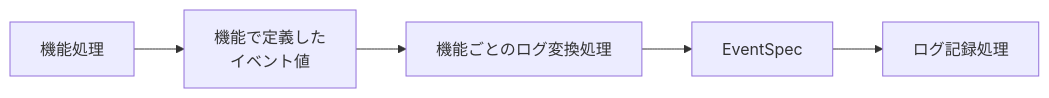
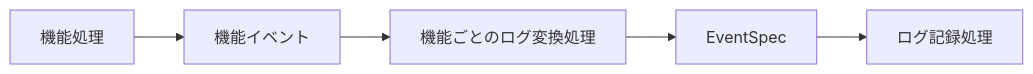
One commit to takashit16833/RAGScope changed the second of 3 diagrams in project-docs/design/structured-logging/AI推論サービス構造化ログ設計.md. Above: the diagram before and after it, drawn with Mermaid. The commit also changed other lines of this file, not shown here.

````diff
--- a/project-docs/design/structured-logging/AI推論サービス構造化ログ設計.md
+++ b/project-docs/design/structured-logging/AI推論サービス構造化ログ設計.md
@@ -34,10 +36,10 @@
 ```mermaid
 flowchart LR
     Feature["機能処理"]
-    FeatureEvent["機能で定義した<br>イベント値"]
+    FeatureEvent["機能イベント"]
     Convert["機能ごとのログ変換処理"]
     EventSpec["EventSpec"]
     Record["ログ記録処理"]
 
     Feature --> FeatureEvent --> Convert --> EventSpec --> Record
 ```
````
